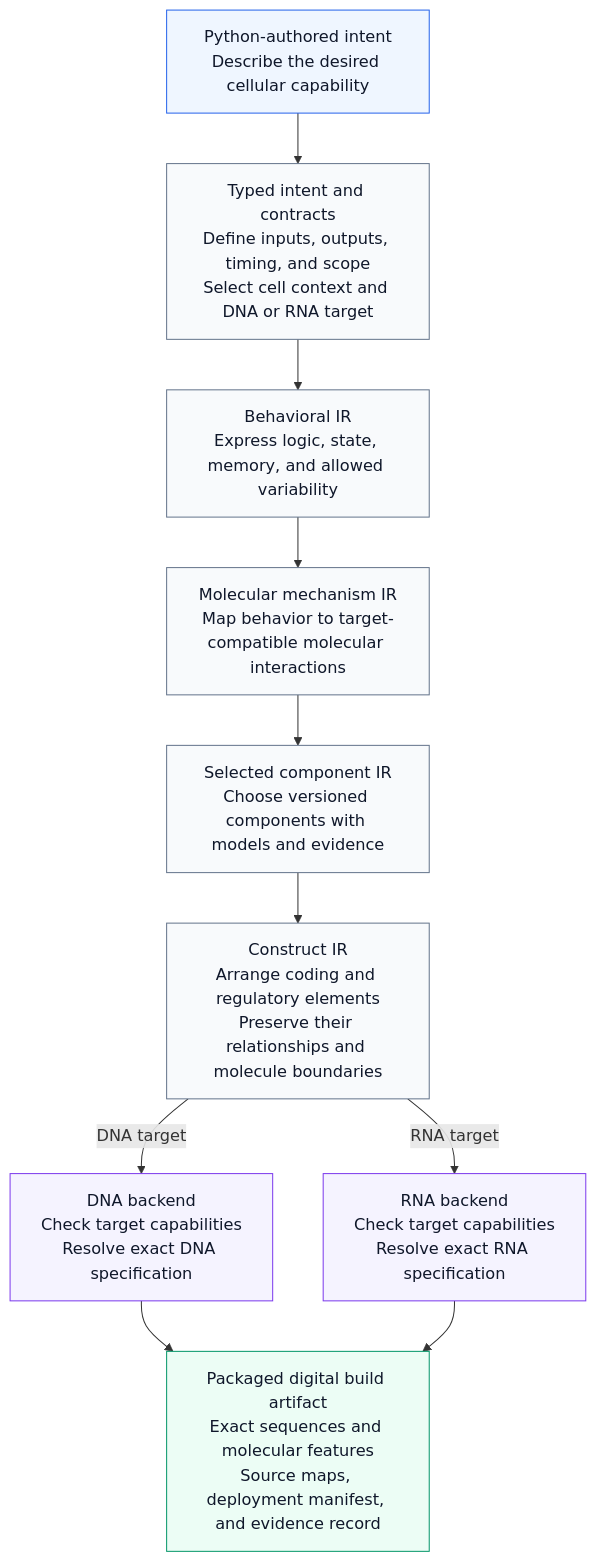
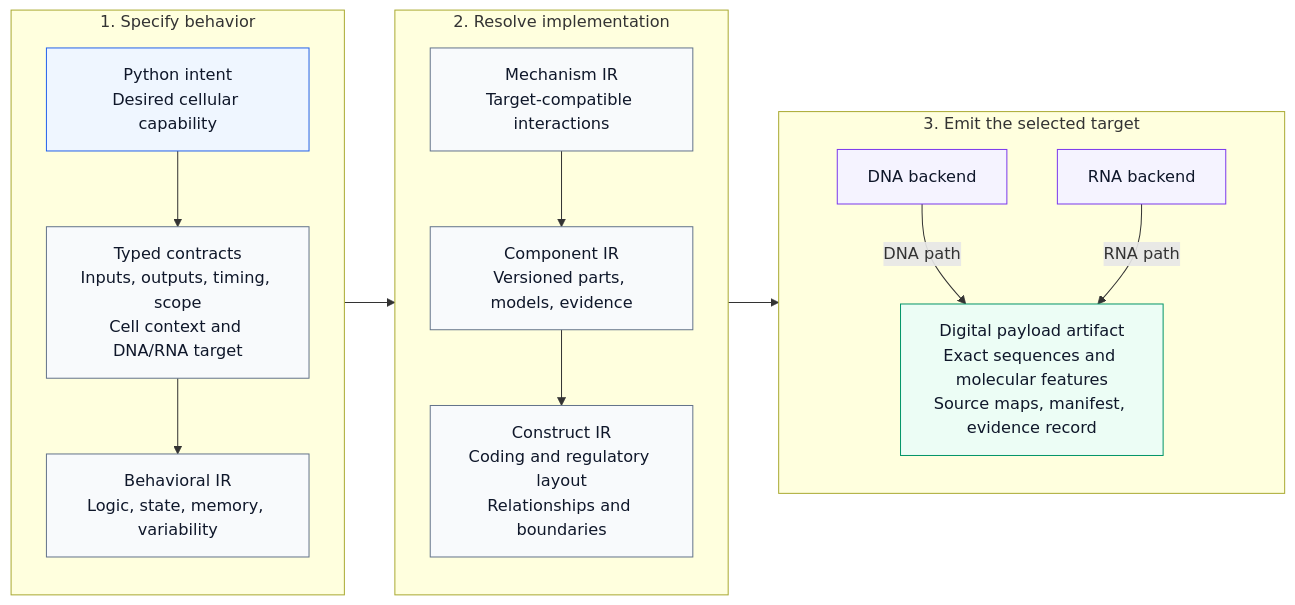
The diagram in README.md (logannye/biocompiler), drawn with Mermaid before and after one commit.

Commit message:
Arrange the README compiler stack in three columns

````diff
--- a/README.md
+++ b/README.md
@@ -11,27 +11,38 @@
 ```mermaid
-flowchart TB
-    PY["Python-authored intent<br/>Describe the desired cellular capability"]
-    CONTRACT["Typed intent and contracts<br/>Define inputs, outputs, timing, and scope<br/>Select cell context and DNA or RNA target"]
-    BEHAVIOR["Behavioral IR<br/>Express logic, state, memory, and allowed variability"]
-    MECHANISM["Molecular mechanism IR<br/>Map behavior to target-compatible molecular interactions"]
-    PARTS["Selected component IR<br/>Choose versioned components with models and evidence"]
-    CONSTRUCT["Construct IR<br/>Arrange coding and regulatory elements<br/>Preserve their relationships and molecule boundaries"]
-    DNA["DNA backend<br/>Check target capabilities<br/>Resolve exact DNA specification"]
-    RNA["RNA backend<br/>Check target capabilities<br/>Resolve exact RNA specification"]
-    ARTIFACT["Packaged digital build artifact<br/>Exact sequences and molecular features<br/>Source maps, deployment manifest, and evidence record"]
+flowchart LR
+    subgraph SPEC["1. Specify behavior"]
+        direction TB
+        PY["Python intent<br/>Desired cellular capability"]
+        CONTRACT["Typed contracts<br/>Inputs, outputs, timing, scope<br/>Cell context and DNA/RNA target"]
+        BEHAVIOR["Behavioral IR<br/>Logic, state, memory, variability"]
+        PY --> CONTRACT --> BEHAVIOR
+    end
 
-    PY --> CONTRACT --> BEHAVIOR --> MECHANISM --> PARTS --> CONSTRUCT
-    CONSTRUCT -->|DNA target| DNA
-    CONSTRUCT -->|RNA target| RNA
-    DNA --> ARTIFACT
-    RNA --> ARTIFACT
+    subgraph IMPL["2. Resolve implementation"]
+        direction TB
+        MECHANISM["Mechanism IR<br/>Target-compatible interactions"]
+        PARTS["Component IR<br/>Versioned parts, models, evidence"]
+        CONSTRUCT["Construct IR<br/>Coding and regulatory layout<br/>Relationships and boundaries"]
+        MECHANISM --> PARTS --> CONSTRUCT
+    end
+
+    subgraph EMIT["3. Emit the selected target"]
+        direction TB
+        DNA["DNA backend"]
+        RNA["RNA backend"]
+        ARTIFACT["Digital payload artifact<br/>Exact sequences and molecular features<br/>Source maps, manifest, evidence record"]
+        DNA -->|DNA path| ARTIFACT
+        RNA -->|RNA path| ARTIFACT
+    end
+
+    SPEC --> IMPL --> EMIT
 
     classDef source fill:#eff6ff,stroke:#2563eb,color:#0f172a
     classDef layer fill:#f8fafc,stroke:#64748b,color:#0f172a
     classDef backend fill:#f5f3ff,stroke:#7c3aed,color:#0f172a
     classDef artifact fill:#ecfdf5,stroke:#059669,color:#0f172a
     class PY source
     class CONTRACT,BEHAVIOR,MECHANISM,PARTS,CONSTRUCT layer
     class DNA,RNA backend
     class ARTIFACT artifact
 ```
````
